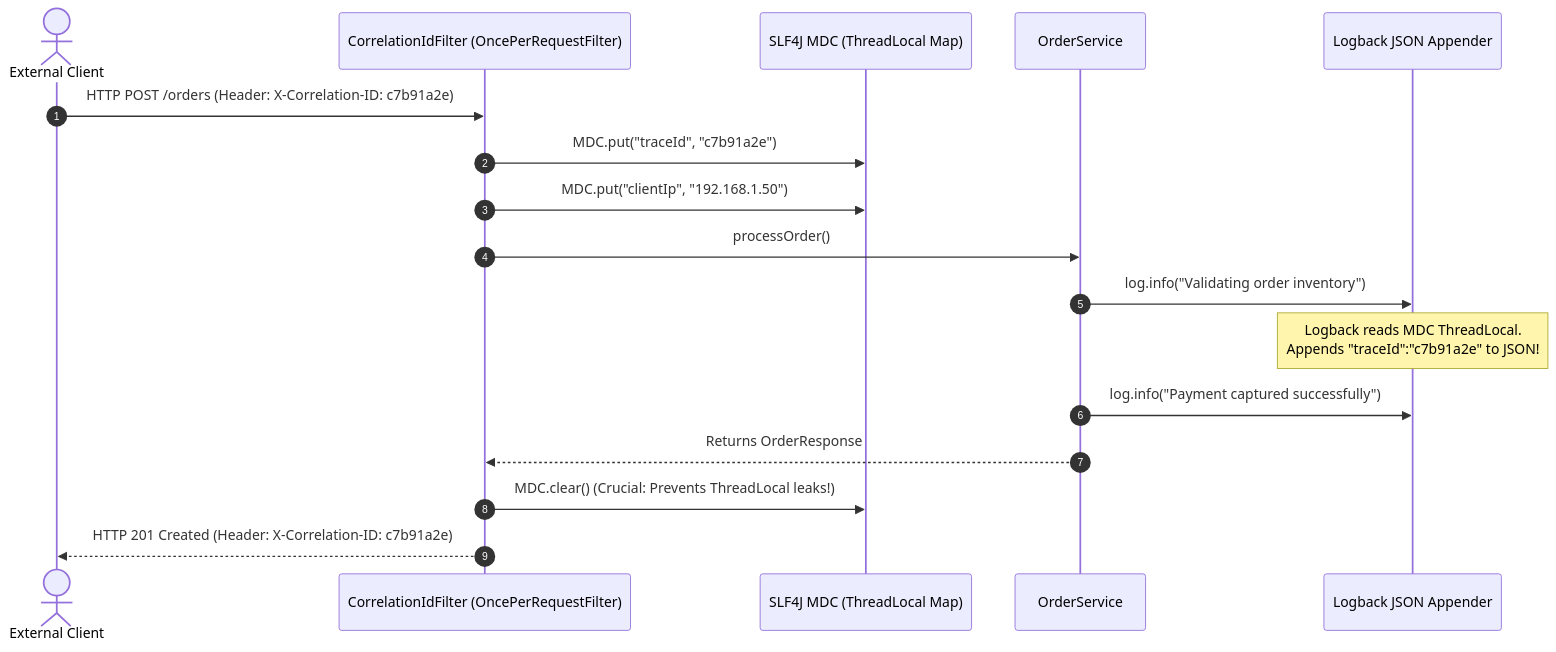
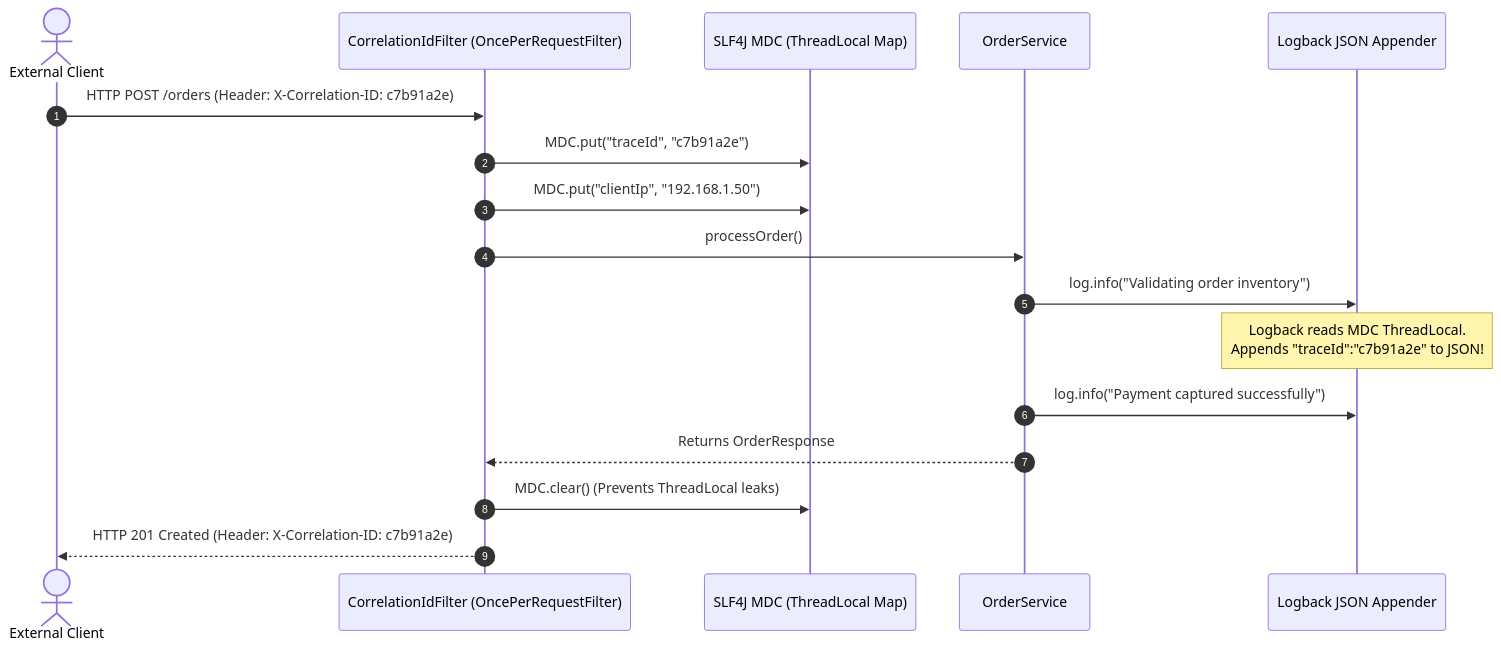
The second of 3 diagrams in docs/lessons/0021-structured-logging-logback-mdc.md (Rohit1024/spring-boot-mastery), drawn with Mermaid before and after one commit. The commit also changed other lines of this file and 117 other files, not shown here.

````diff
--- a/docs/lessons/0021-structured-logging-logback-mdc.md
+++ b/docs/lessons/0021-structured-logging-logback-mdc.md
@@ -89,23 +89,23 @@
 ``` mermaid
 sequenceDiagram
     autonumber
     actor Client as External Client
     participant Filter as CorrelationIdFilter (OncePerRequestFilter)
     participant MDC as SLF4J MDC (ThreadLocal Map)
     participant Service as OrderService
     participant Log as Logback JSON Appender
 
     Client->>Filter: HTTP POST /orders (Header: X-Correlation-ID: c7b91a2e)
     Filter->>MDC: MDC.put("traceId", "c7b91a2e")
     Filter->>MDC: MDC.put("clientIp", "192.168.1.50")
     
     Filter->>Service: processOrder()
     Service->>Log: log.info("Validating order inventory")
     Note over Log: Logback reads MDC ThreadLocal.<br/>Appends "traceId":"c7b91a2e" to JSON!
     
     Service->>Log: log.info("Payment captured successfully")
     
     Service-->>Filter: Returns OrderResponse
-    Filter->>MDC: MDC.clear() (Crucial: Prevents ThreadLocal leaks!)
+    Filter->>MDC: MDC.clear() (Prevents ThreadLocal leaks)
     Filter-->>Client: HTTP 201 Created (Header: X-Correlation-ID: c7b91a2e)
 ```
````
